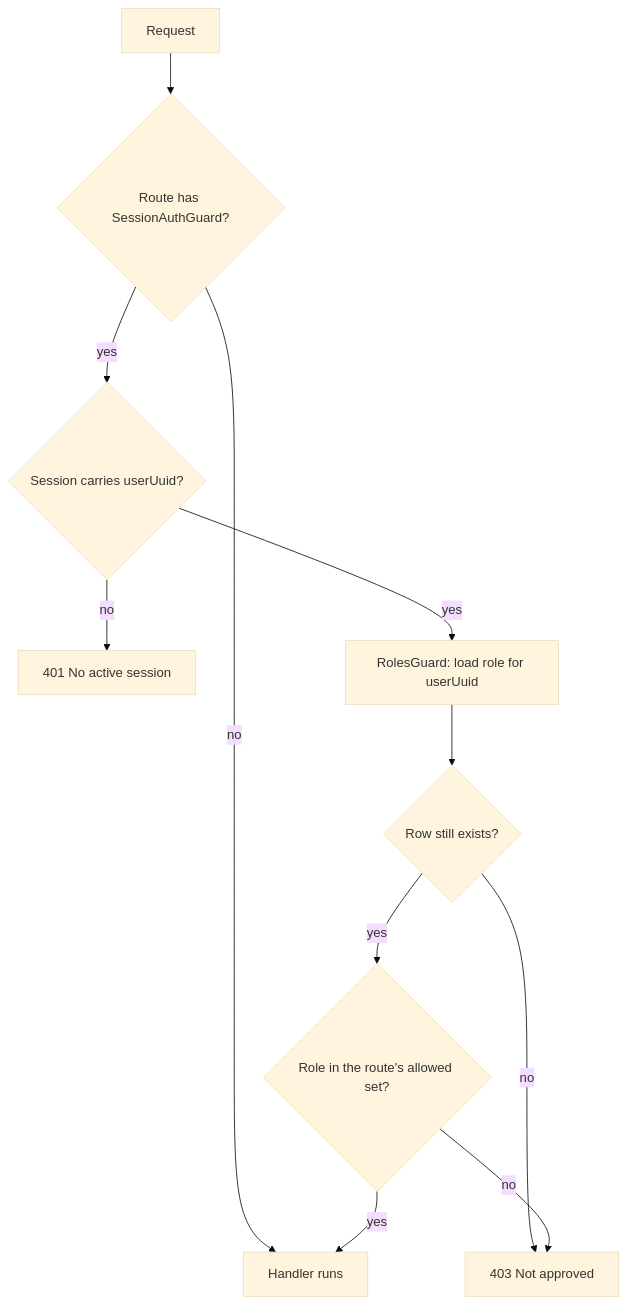
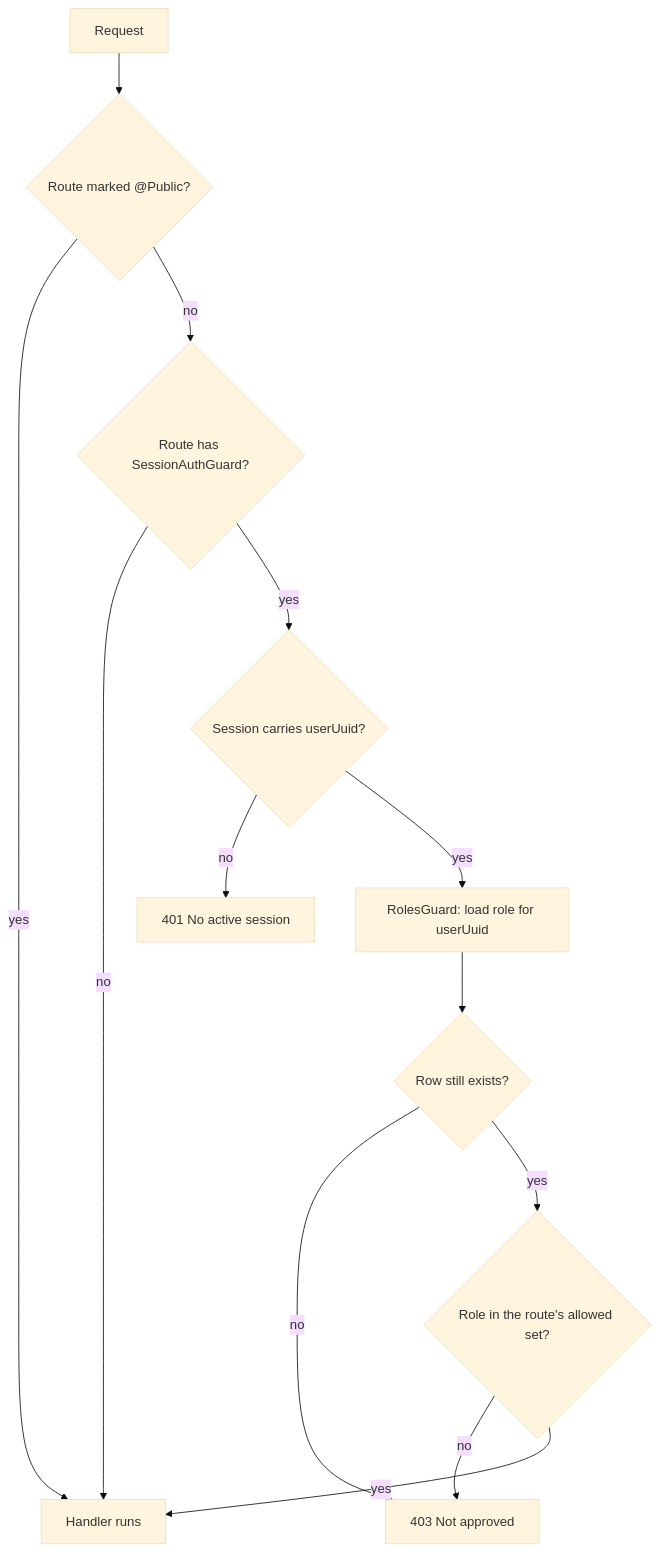
Before and after one commit to marsa-cloud/marsa: the second of 2 diagrams in docs/authentication.md, drawn with Mermaid (base theme). The commit also changed other lines of this file and 12 other files, not shown here.

````diff
--- a/docs/authentication.md
+++ b/docs/authentication.md
@@ -104,13 +110,15 @@
 ```mermaid
 flowchart TD
-    A[Request] --> B{Route has SessionAuthGuard?}
+    A[Request] --> P{Route marked @Public?}
+    P -- yes --> C[Handler runs]
+    P -- no --> B{Route has SessionAuthGuard?}
     B -- no --> C[Handler runs]
     B -- yes --> D{Session carries userUuid?}
     D -- no --> E[401 No active session]
     D -- yes --> F[RolesGuard: load role for userUuid]
     F --> G{Row still exists?}
     G -- no --> H[403 Not approved]
     G -- yes --> I{Role in the route's allowed set?}
     I -- no --> H
     I -- yes --> C
 ```
````
